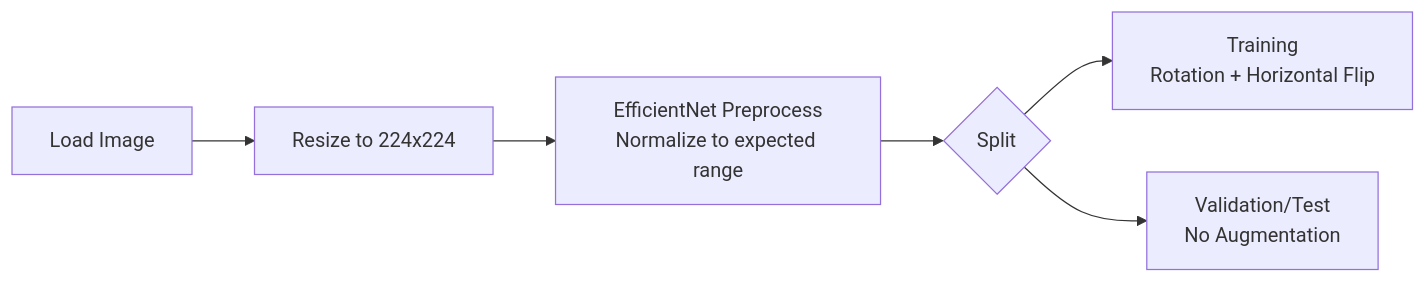
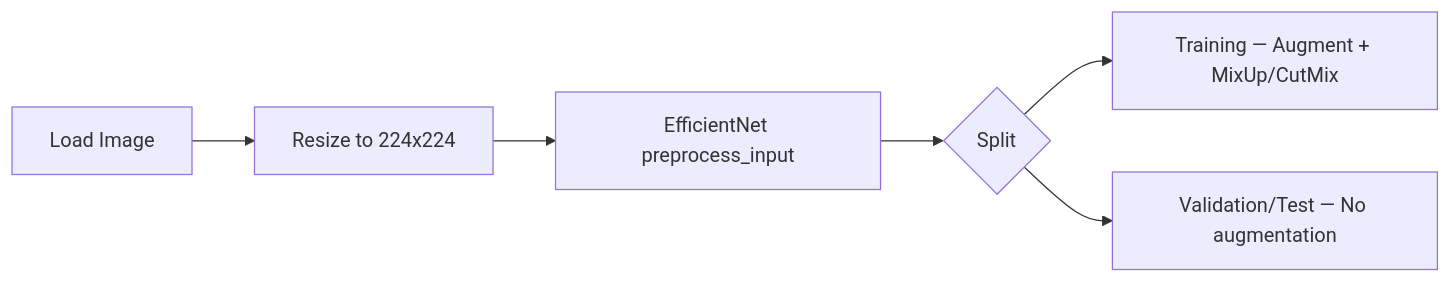
The fourth of 5 diagrams in docs/architecture.md (ItzSwapnil/Leaf_Disease_Detection), drawn with Mermaid before and after one commit. The commit also changed other lines of this file and 45 other files, not shown here.

````diff
--- a/docs/architecture.md
+++ b/docs/architecture.md
@@ -119,8 +134,8 @@
 ```mermaid
 flowchart LR
-    A[Load Image] --> B[Resize to 224x224]
-    B --> C[EfficientNet Preprocess\nNormalize to expected range]
-    C --> D{Split}
-    D --> E[Training\nRotation + Horizontal Flip]
-    D --> F[Validation/Test\nNo Augmentation]
+    A["Load Image"] --> B["Resize to 224x224"]
+    B --> C["EfficientNet preprocess_input"]
+    C --> D{"Split"}
+    D --> E["Training — Augment + MixUp/CutMix"]
+    D --> F["Validation/Test — No augmentation"]
 ```
````
